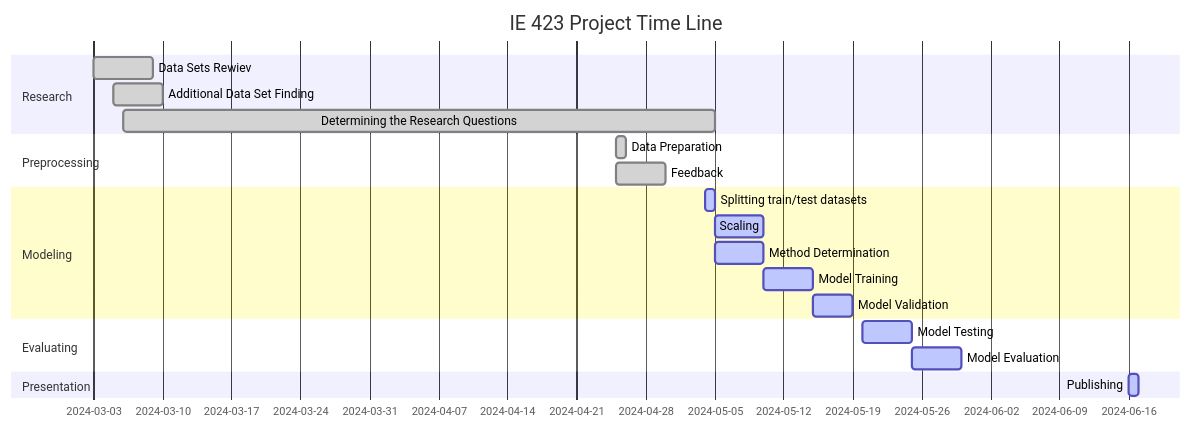
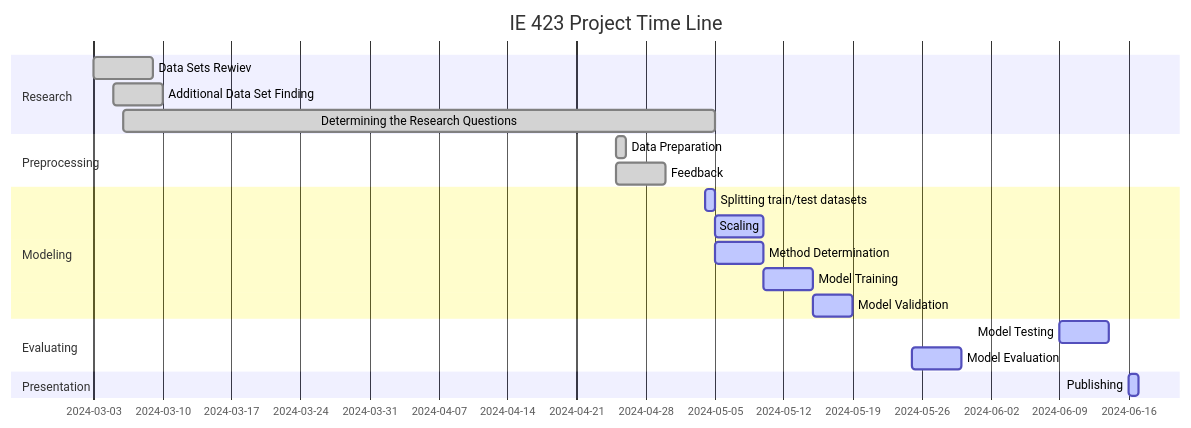
Before and after one commit to BILGI-IE-423/ie423-2024-termproject-neuralnetworkninjas: the diagram in Gantt.md, drawn with Mermaid.

````diff
--- a/Gantt.md
+++ b/Gantt.md
@@ -1,29 +1,29 @@
 ```mermaid
 gantt  
        dateFormat  YYYY-MM-DD
        title IE 423 Project Time Line
 
        section Research
        Data Sets Rewiev                                   :done, des1, 2024-03-03,6d
        Additional Data Set Finding                        :done, des2, 2024-03-05,5d
        Determining the Research Questions                 :done, des3, 2024-03-06,2024-05-05
 
        section Preprocessing
        Data Preparation                                   :done, des4, 2024-04-25, 1d                             
        Feedback                                           :done, des5, 2024-04-25, 5d
 
        section Modeling
        Splitting train/test datasets                      :active, des8, 2024-05-04, 1d
        Scaling                                            :active, des9, 2024-05-05, 5d
        Method Determination                               :active, des10, 2024-05-05, 5d
        Model Training                                     :active, des11, 2024-05-10, 5d
        Model Validation                                   :active, des12, 2024-05-15, 4d
 
        section Evaluating
-       Model Testing                                      :active, des13, 2024-05-20,5d
+       Model Testing                                      :active, des13, 2024-06-09,5d
        Model Evaluation                                   :active, des14, 2024-05-25, 5d
 
        section Presentation
        Publishing                                         :active, des17, 2024-06-16, 1d
     
 ```
````
